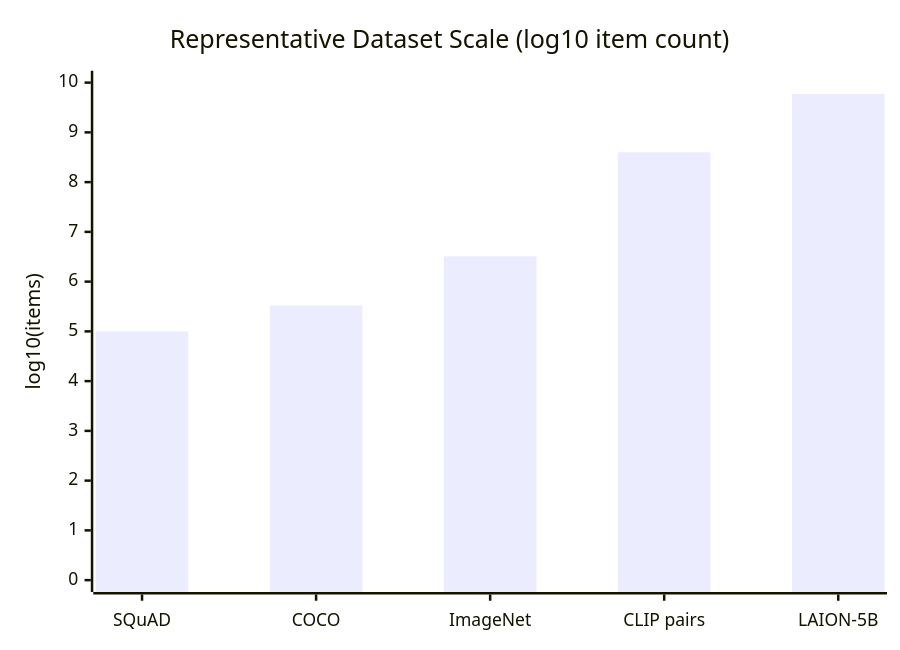
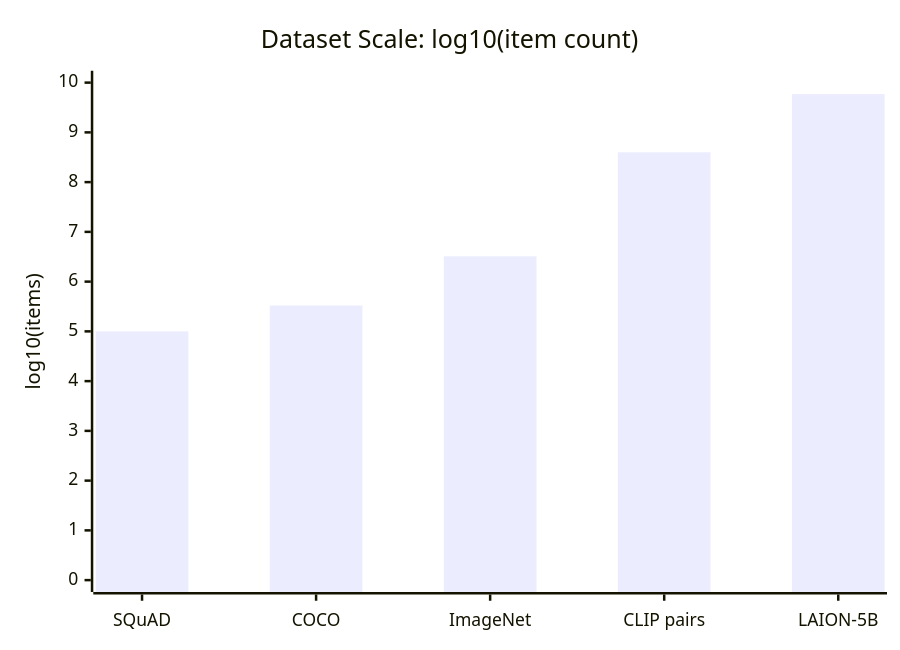
Before and after one commit to JavaFXpert/iwu-ai-preso: the first of 2 diagrams in how-modern-ai-is-trained-slides.md, drawn with Mermaid. The commit also changed other lines of this file, not shown here.

````diff
--- a/how-modern-ai-is-trained-slides.md
+++ b/how-modern-ai-is-trained-slides.md
@@ -97,7 +201,7 @@
 ```mermaid
 xychart-beta
-  title "Representative Dataset Scale (log10 item count)"
+  title "Dataset Scale: log10(item count)"
   x-axis ["SQuAD", "COCO", "ImageNet", "CLIP pairs", "LAION-5B"]
   y-axis "log10(items)" 0 --> 10
   bar [5.00, 5.52, 6.51, 8.60, 9.77]
 ```
````
